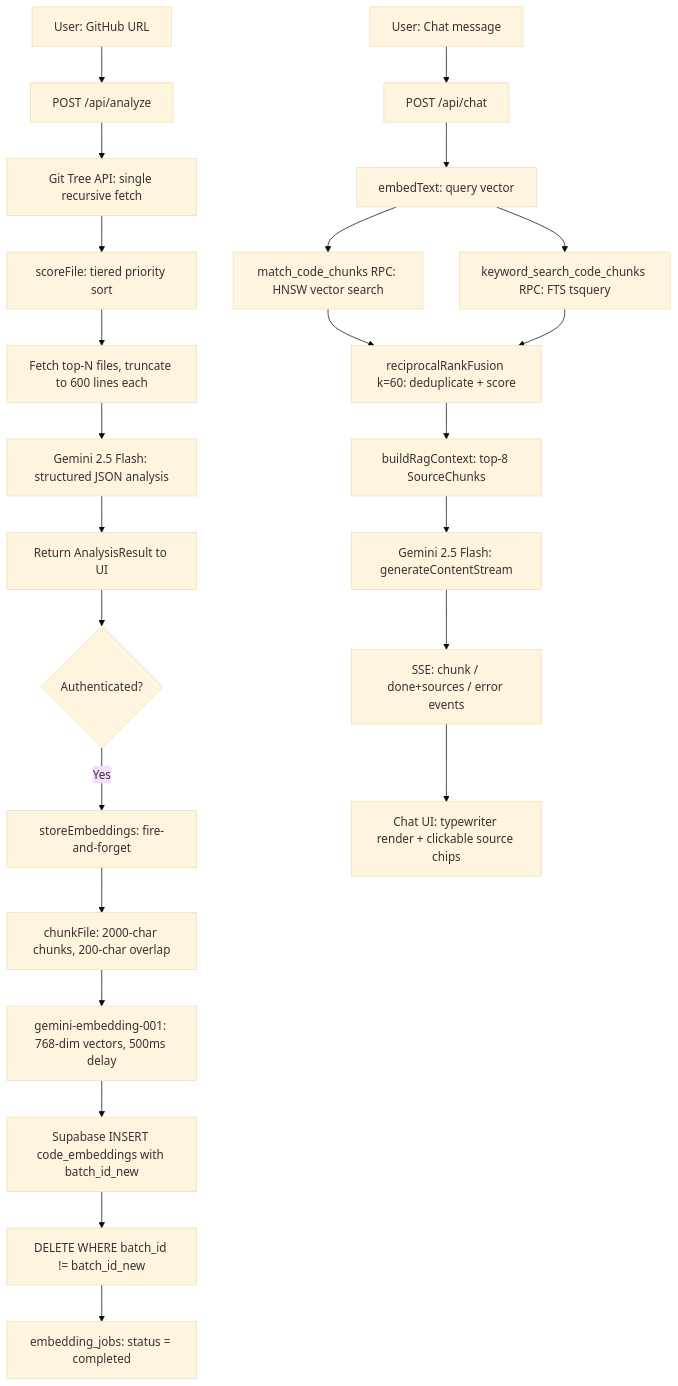
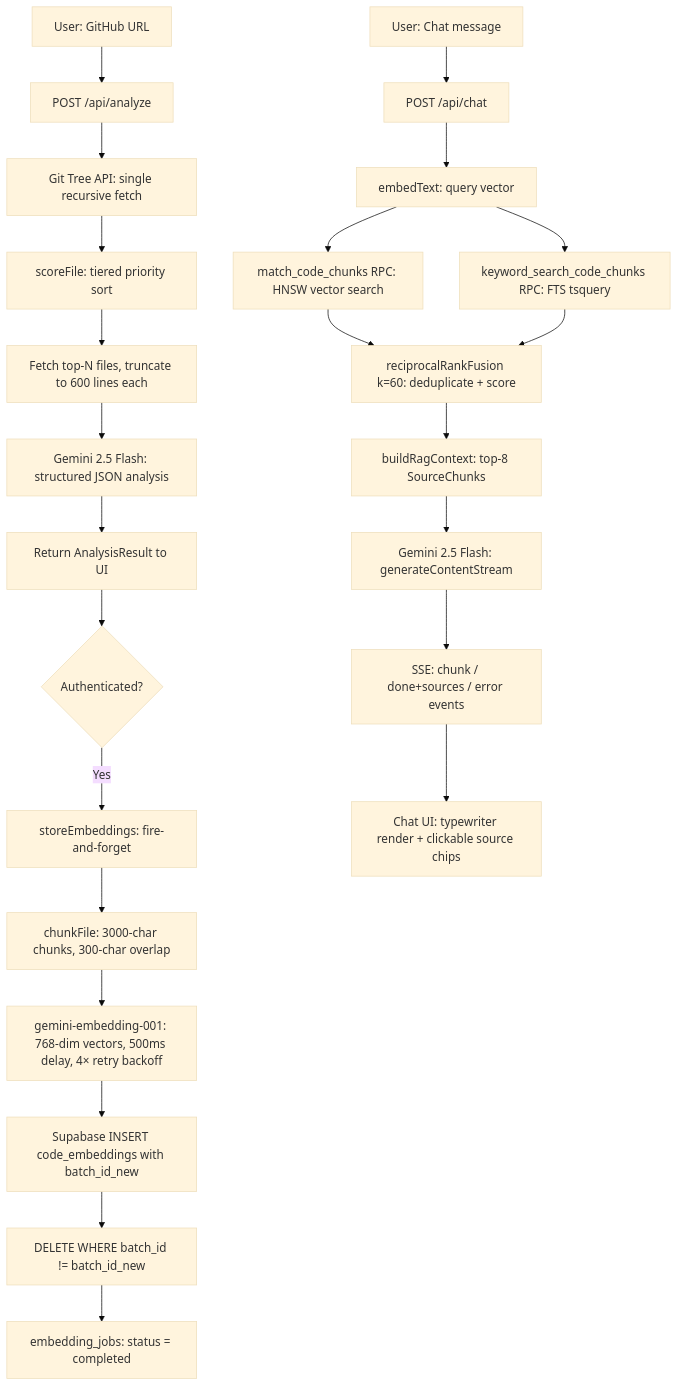
One commit to Taehoonryu04/Codebase-Narrator changed the diagram in README.md. Above: the diagram before and after it, drawn with Mermaid (base theme). The commit also changed other lines of this file and 3 other files, not shown here.

Commit message:
Fix: reduce embedding chunk count and add 429 retry backoff to survive Gemini free-tier quota

````diff
--- a/README.md
+++ b/README.md
@@ -82,27 +82,27 @@
 ```mermaid
 flowchart TD
     A[User: GitHub URL] --> B[POST /api/analyze]
     B --> C[Git Tree API: single recursive fetch]
     C --> D[scoreFile: tiered priority sort]
     D --> E[Fetch top-N files, truncate to 600 lines each]
     E --> F[Gemini 2.5 Flash: structured JSON analysis]
     F --> G[Return AnalysisResult to UI]
 
     G --> H{Authenticated?}
     H -- Yes --> I[storeEmbeddings: fire-and-forget]
-    I --> J[chunkFile: 2000-char chunks, 200-char overlap]
-    J --> K[gemini-embedding-001: 768-dim vectors, 500ms delay]
+    I --> J[chunkFile: 3000-char chunks, 300-char overlap]
+    J --> K[gemini-embedding-001: 768-dim vectors, 500ms delay, 4× retry backoff]
     K --> L[Supabase INSERT code_embeddings with batch_id_new]
     L --> M[DELETE WHERE batch_id != batch_id_new]
     M --> N[embedding_jobs: status = completed]
 
     O[User: Chat message] --> P[POST /api/chat]
     P --> Q[embedText: query vector]
     Q --> R1[match_code_chunks RPC: HNSW vector search]
     Q --> R2[keyword_search_code_chunks RPC: FTS tsquery]
     R1 & R2 --> S[reciprocalRankFusion k=60: deduplicate + score]
     S --> T[buildRagContext: top-8 SourceChunks]
     T --> U[Gemini 2.5 Flash: generateContentStream]
     U --> V[SSE: chunk / done+sources / error events]
     V --> W[Chat UI: typewriter render + clickable source chips]
 ```
````
